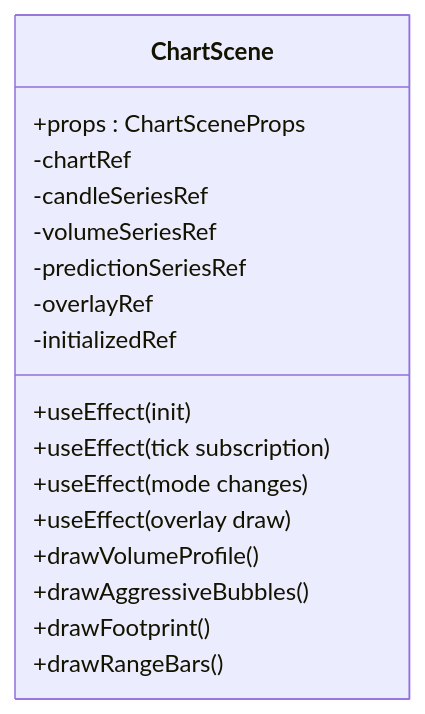
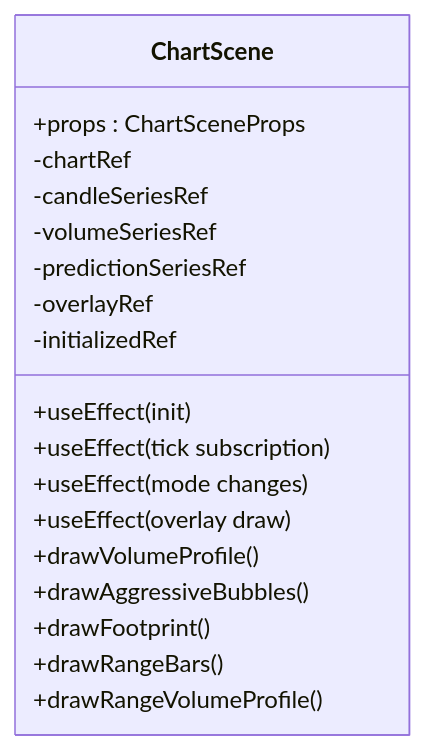
The fourth of 5 diagrams in .qoder/repowiki/en/content/Frontend Application/Frontend Application.md (gemrajkhatry-maker/v5-of-glassytrade-ai), drawn with Mermaid before and after one commit. The commit also changed other lines of this file and 930 other files, not shown here.

````diff
--- a/.qoder/repowiki/en/content/Frontend Application/Frontend Application.md
+++ b/.qoder/repowiki/en/content/Frontend Application/Frontend Application.md
@@ -235,20 +297,21 @@
 ```mermaid
 classDiagram
 class ChartScene {
 +props : ChartSceneProps
 -chartRef
 -candleSeriesRef
 -volumeSeriesRef
 -predictionSeriesRef
 -overlayRef
 -initializedRef
 +useEffect(init)
 +useEffect(tick subscription)
 +useEffect(mode changes)
 +useEffect(overlay draw)
 +drawVolumeProfile()
 +drawAggressiveBubbles()
 +drawFootprint()
 +drawRangeBars()
++drawRangeVolumeProfile()
 }
 ```
````
